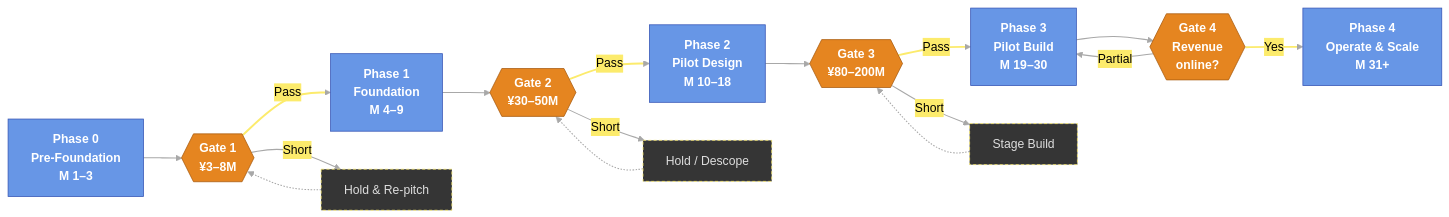
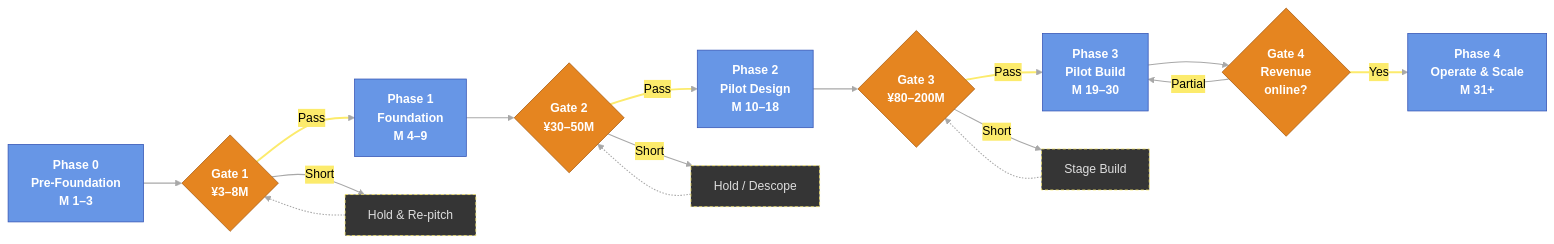
The first of 2 diagrams in mitsue_phases_funding_flowchart.md (robouden/mitsue-ai-data-center), drawn with Mermaid before and after one commit. The commit also changed other lines of this file and 11 other files, not shown here.

First line of the commit message:
feat: add EVM/WBS docs, JP flowchart; fix gate shapes + feedback loops

````diff
--- a/mitsue_phases_funding_flowchart.md
+++ b/mitsue_phases_funding_flowchart.md
@@ -9,48 +9,48 @@
 ```mermaid
 %%{init: {'theme':'base','flowchart':{'htmlLabels':true},'themeVariables':{
   'background':'#404040',
   'primaryColor':'#6796e6','primaryTextColor':'#FFFFFF','primaryBorderColor':'#3655b5',
   'lineColor':'#A8A8A8','textColor':'#DEDEDE',
   'edgeLabelBackground':'#FCEB6C',
   'fontFamily':'Segoe UI, Helvetica, sans-serif'
 }}}%%
 flowchart LR
     P0["Phase 0<br/>Pre-Foundation<br/>M 1–3"]
     P1["Phase 1<br/>Foundation<br/>M 4–9"]
     P2["Phase 2<br/>Pilot Design<br/>M 10–18"]
     P3["Phase 3<br/>Pilot Build<br/>M 19–30"]
     P4["Phase 4<br/>Operate &amp; Scale<br/>M 31+"]
 
-    G1{{"Gate 1<br/>¥3–8M"}}
-    G2{{"Gate 2<br/>¥30–50M"}}
-    G3{{"Gate 3<br/>¥80–200M"}}
-    G4{{"Gate 4<br/>Revenue<br/>online?"}}
+    G1{"Gate 1<br/>¥3–8M"}
+    G2{"Gate 2<br/>¥30–50M"}
+    G3{"Gate 3<br/>¥80–200M"}
+    G4{"Gate 4<br/>Revenue<br/>online?"}
 
     H1["Hold &amp; Re-pitch"]
     H2["Hold / Descope"]
     H3["Stage Build"]
 
     P0 --> G1
     G1 -->|Pass| P1
     P1 --> G2
     G2 -->|Pass| P2
     P2 --> G3
     G3 -->|Pass| P3
     P3 --> G4
     G4 -->|Yes| P4
 
     G1 -->|Short| H1 -.-> G1
     G2 -->|Short| H2 -.-> G2
     G3 -->|Short| H3 -.-> G3
     G4 -->|Partial| P3
 
     classDef phase fill:#6796e6,stroke:#3655b5,stroke-width:1px,color:#FFFFFF,font-weight:bold
     classDef gate  fill:#e58520,stroke:#A85C10,stroke-width:1px,color:#FFFFFF,font-weight:bold
     classDef hold  fill:#353535,stroke:#FCEB6C,stroke-width:1px,color:#DEDEDE,stroke-dasharray:4 3
     class P0,P1,P2,P3,P4 phase
     class G1,G2,G3,G4 gate
     class H1,H2,H3 hold
 
     linkStyle default stroke:#A8A8A8,stroke-width:1.4px,color:#000000
     linkStyle 1,3,5,7 stroke:#FCEB6C,stroke-width:2.5px,color:#000000
 ```
````
